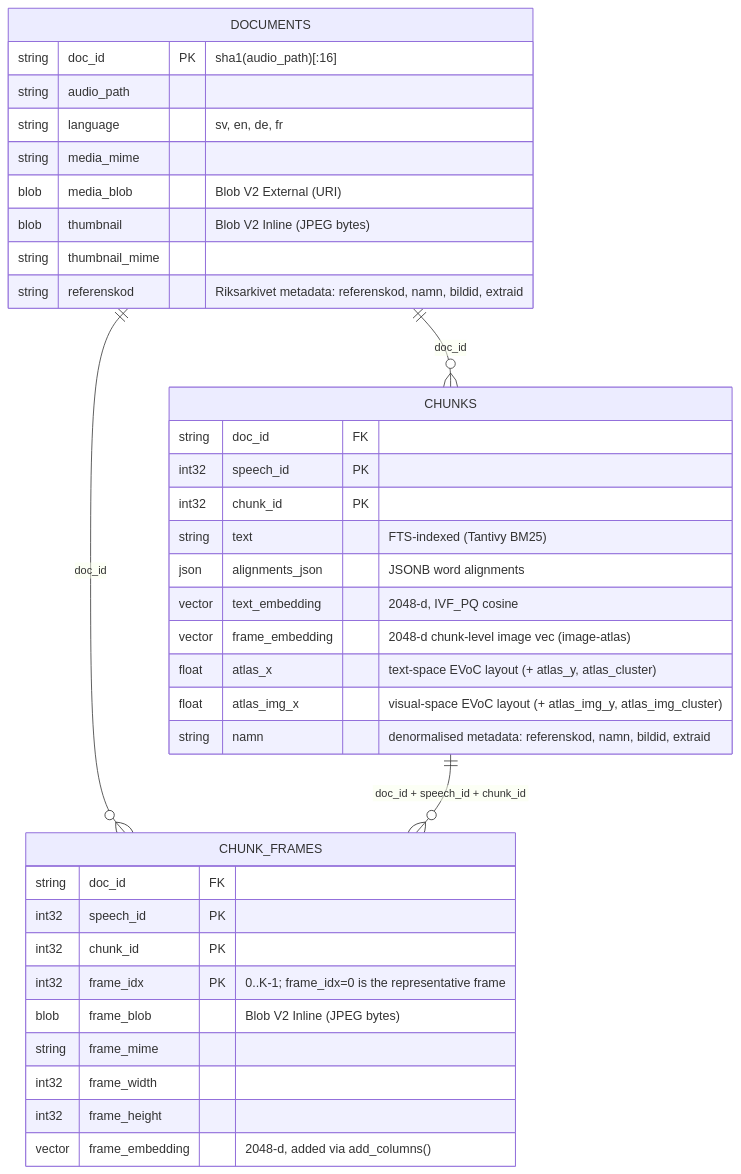
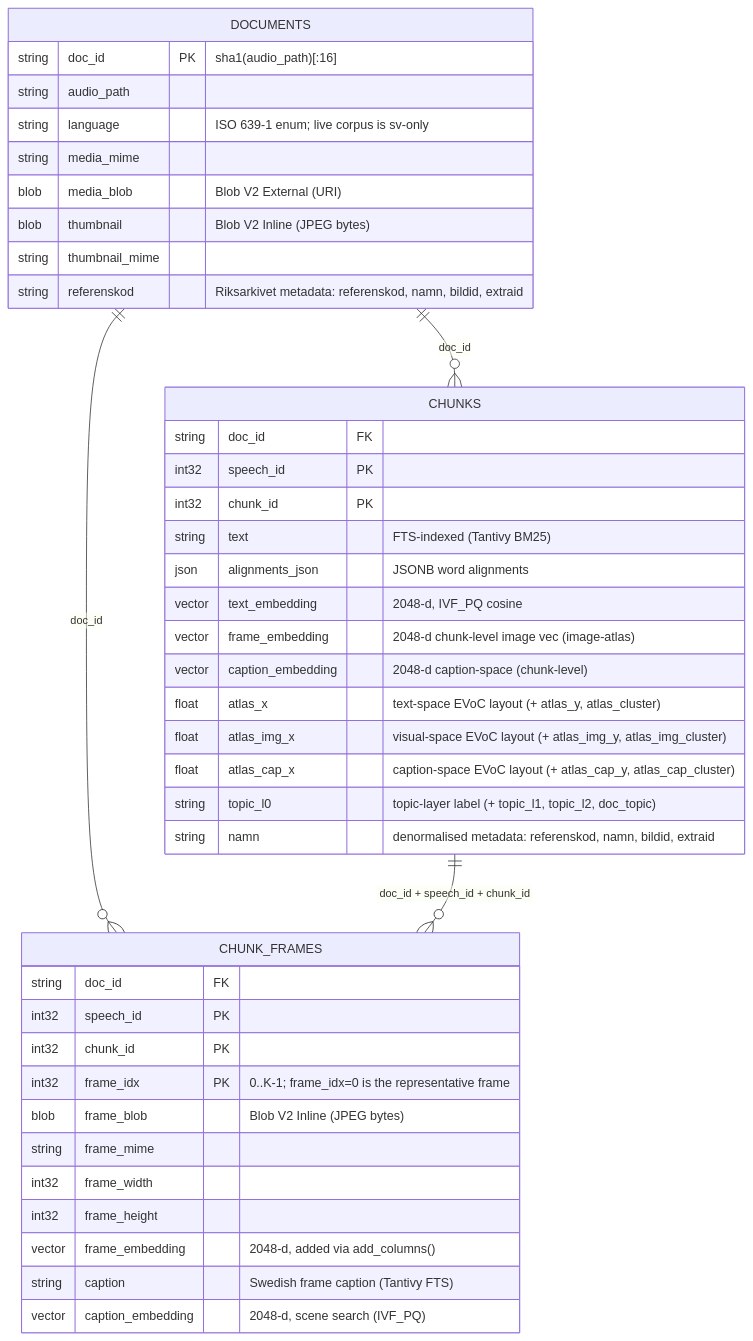
The first of 3 diagrams in docs/STORAGE.md (Borg93/lance-audio-demo), drawn with Mermaid before and after one commit. The commit also changed other lines of this file and 8 other files, not shown here.

````diff
--- a/docs/STORAGE.md
+++ b/docs/STORAGE.md
@@ -36,42 +36,47 @@
 ```mermaid
 erDiagram
     DOCUMENTS ||--o{ CHUNKS : "doc_id"
     DOCUMENTS ||--o{ CHUNK_FRAMES : "doc_id"
     CHUNKS ||--o{ CHUNK_FRAMES : "doc_id + speech_id + chunk_id"
 
     DOCUMENTS {
         string doc_id PK "sha1(audio_path)[:16]"
         string audio_path
-        string language "sv, en, de, fr"
+        string language "ISO 639-1 enum; live corpus is sv-only"
         string media_mime
         blob media_blob "Blob V2 External (URI)"
         blob thumbnail "Blob V2 Inline (JPEG bytes)"
         string thumbnail_mime
         string referenskod "Riksarkivet metadata: referenskod, namn, bildid, extraid"
     }
 
     CHUNKS {
         string doc_id FK
         int32 speech_id PK
         int32 chunk_id PK
         string text "FTS-indexed (Tantivy BM25)"
         json alignments_json "JSONB word alignments"
         vector text_embedding "2048-d, IVF_PQ cosine"
         vector frame_embedding "2048-d chunk-level image vec (image-atlas)"
+        vector caption_embedding "2048-d caption-space (chunk-level)"
         float atlas_x "text-space EVoC layout (+ atlas_y, atlas_cluster)"
         float atlas_img_x "visual-space EVoC layout (+ atlas_img_y, atlas_img_cluster)"
+        float atlas_cap_x "caption-space EVoC layout (+ atlas_cap_y, atlas_cap_cluster)"
+        string topic_l0 "topic-layer label (+ topic_l1, topic_l2, doc_topic)"
         string namn "denormalised metadata: referenskod, namn, bildid, extraid"
     }
 
     CHUNK_FRAMES {
         string doc_id FK
         int32 speech_id PK
         int32 chunk_id PK
         int32 frame_idx PK "0..K-1; frame_idx=0 is the representative frame"
         blob frame_blob "Blob V2 Inline (JPEG bytes)"
         string frame_mime
         int32 frame_width
         int32 frame_height
         vector frame_embedding "2048-d, added via add_columns()"
+        string caption "Swedish frame caption (Tantivy FTS)"
+        vector caption_embedding "2048-d, scene search (IVF_PQ)"
     }
 ```
````
